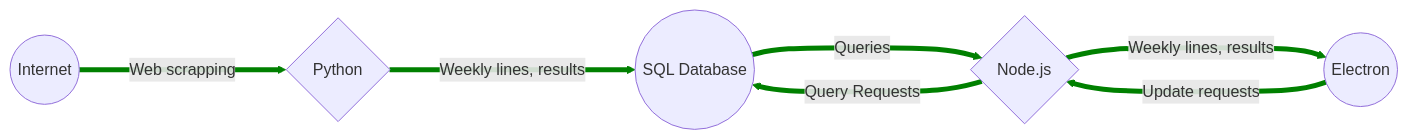
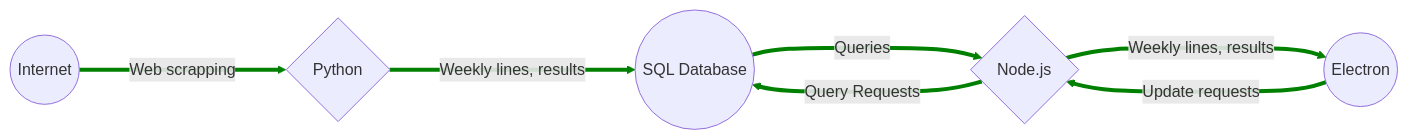
Before and after one commit to EECE3093C/team-project-the-over-under: the diagram in README.md, drawn with Mermaid.

````diff
--- a/README.md
+++ b/README.md
@@ -19,18 +19,18 @@
 ```mermaid
 graph LR
   A((Internet))
   B((SQL Database))
   C((Electron))
   D{Python}
   E{Node.js}
   A --->|Web scrapping| D
   D --->|Weekly lines, results| B
   B --->|Queries| E
   E --->|Query Requests| B
   E --->|Weekly lines, results| C
   C --->|Update requests| E
   
-  linkStyle 0,1 stroke-width:5px,fill:none,stroke:green;
-  linkStyle 2,3 stroke-width:5px,fill:none,stroke:green;
-  linkStyle 4,5 stroke-width:5px,fill:none,stroke:green;
+  linkStyle 0,1 stroke-width:4px,fill:none,stroke:green;
+  linkStyle 2,3 stroke-width:4px,fill:none,stroke:green;
+  linkStyle 4,5 stroke-width:4px,fill:none,stroke:green;
 ```
````
